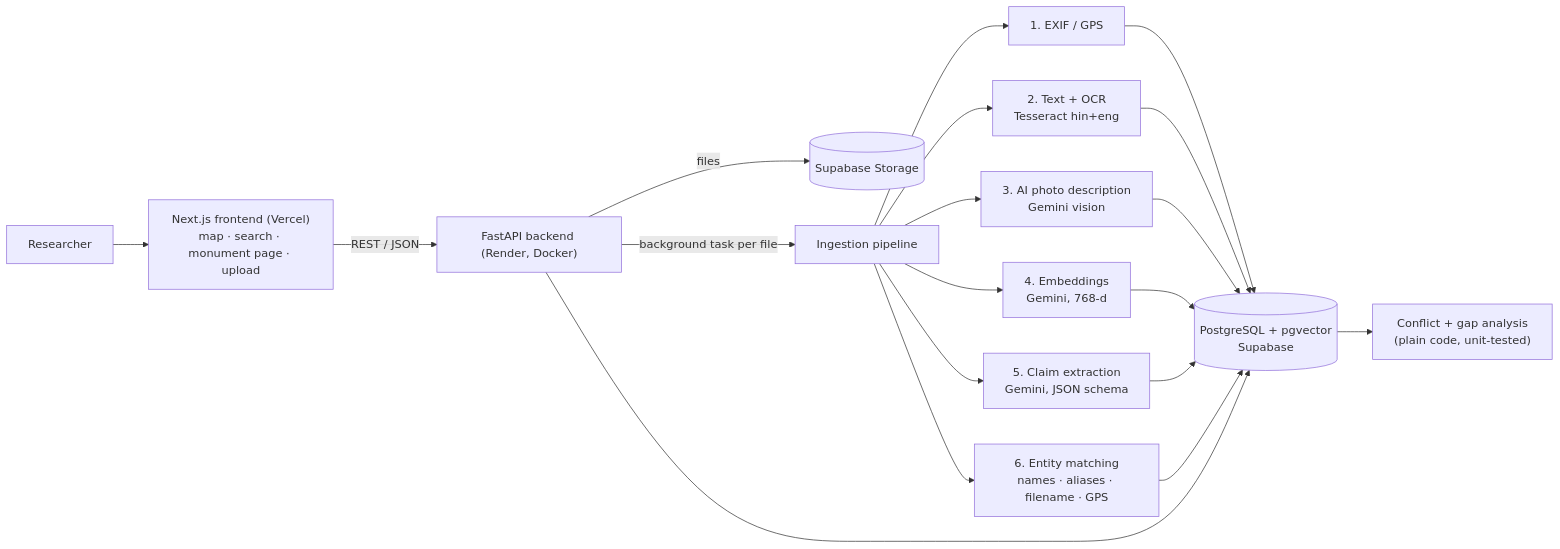
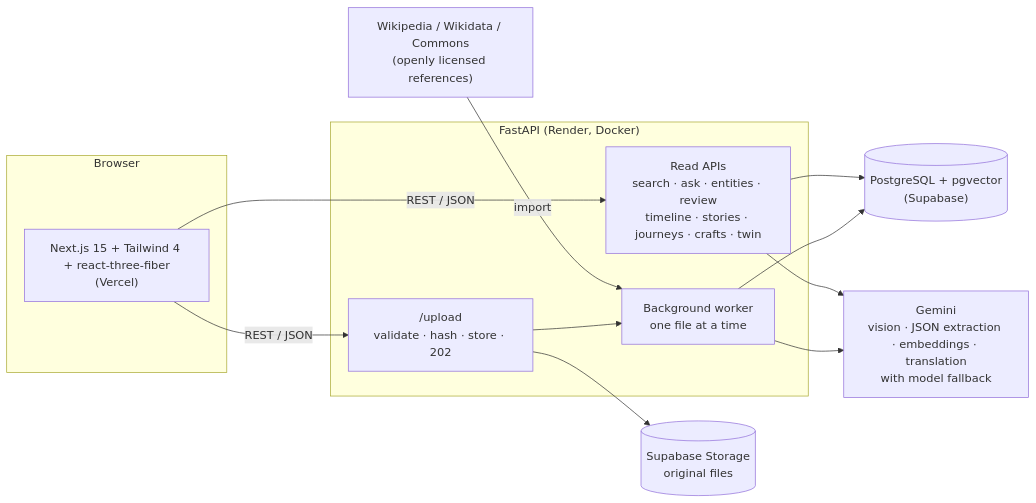
The first of 3 diagrams in README.md (manaswimahurkar/kathagraph), drawn with Mermaid before and after one commit. The commit also changed other lines of this file and 32 other files, not shown here.

Commit message:
Built, natural and settlement sites; translations, stories, crafts, journeys, 3D twin readiness; new README

````diff
--- a/README.md
+++ b/README.md
@@ -46,16 +57,25 @@
 ```mermaid
 flowchart LR
-    U[Researcher] --> FE["Next.js frontend (Vercel)<br/>map · search · monument page · upload"]
-    FE -->|REST / JSON| API["FastAPI backend (Render, Docker)"]
-    API -->|files| ST[(Supabase Storage)]
-    API -->|background task per file| P[Ingestion pipeline]
-    P --> S1[1. EXIF / GPS]
-    P --> S2["2. Text + OCR<br/>Tesseract hin+eng"]
-    P --> S3["3. AI photo description<br/>Gemini vision"]
-    P --> S4["4. Embeddings<br/>Gemini, 768-d"]
-    P --> S5["5. Claim extraction<br/>Gemini, JSON schema"]
-    P --> S6["6. Entity matching<br/>names · aliases · filename · GPS"]
-    S1 & S2 & S3 & S4 & S5 & S6 --> DB[("PostgreSQL + pgvector<br/>Supabase")]
-    API --> DB
-    DB --> A["Conflict + gap analysis<br/>(plain code, unit-tested)"]
+    subgraph Client["Browser"]
+        FE["Next.js 15 + Tailwind 4 + react-three-fiber<br/>(Vercel)"]
+    end
+    subgraph API["FastAPI (Render, Docker)"]
+        UP["/upload<br/>validate · hash · store · 202"]
+        Q["Background worker<br/>one file at a time"]
+        R["Read APIs<br/>search · ask · entities · review<br/>timeline · stories · journeys · crafts · twin"]
+    end
+    ST[("Supabase Storage<br/>original files")]
+    DB[("PostgreSQL + pgvector<br/>(Supabase)")]
+    G["Gemini<br/>vision · JSON extraction · embeddings · translation<br/>with model fallback"]
+    WK["Wikipedia / Wikidata / Commons<br/>(openly licensed references)"]
+
+    FE -->|REST / JSON| UP
+    FE -->|REST / JSON| R
+    UP --> ST
+    UP --> Q
+    Q --> G
+    Q --> DB
+    R --> DB
+    R --> G
+    WK -->|import| Q
 ```
````
